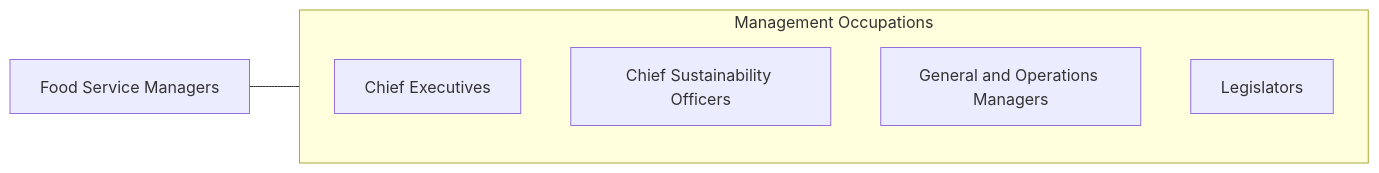
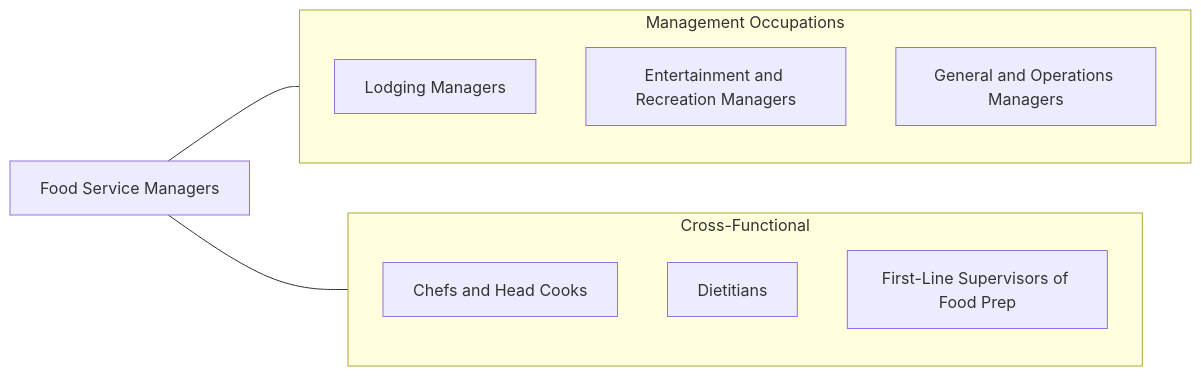
Before and after one commit to kziemski/business.org.ai: the fourth of 4 diagrams in occupations/Management/FoodServiceManagers.mdx, drawn with Mermaid. The commit also changed other lines of this file and 938 other files, not shown here.

````diff
--- a/occupations/Management/FoodServiceManagers.mdx
+++ b/occupations/Management/FoodServiceManagers.mdx
@@ -111,13 +163,19 @@
 ```mermaid
 graph LR
-    Current["Food Service Managers"]
+    FSM["Food Service Managers"]
 
     subgraph SameCategory["Management Occupations"]
-        ChiefExecutives["Chief Executives"]
-        ChiefSustainabilityO["Chief Sustainability Officers"]
-        GeneralAndOperations["General and Operations Managers"]
-        Legislators["Legislators"]
+        LM["Lodging Managers"]
+        ERM["Entertainment and Recreation Managers"]
+        GOps["General and Operations Managers"]
     end
 
-    Current --- SameCategory
+    subgraph CrossFunctional["Cross-Functional"]
+        Chef["Chefs and Head Cooks"]
+        Diet["Dietitians"]
+        Wait["First-Line Supervisors of Food Prep"]
+    end
+
+    FSM --- SameCategory
+    FSM --- CrossFunctional
 ```
````
